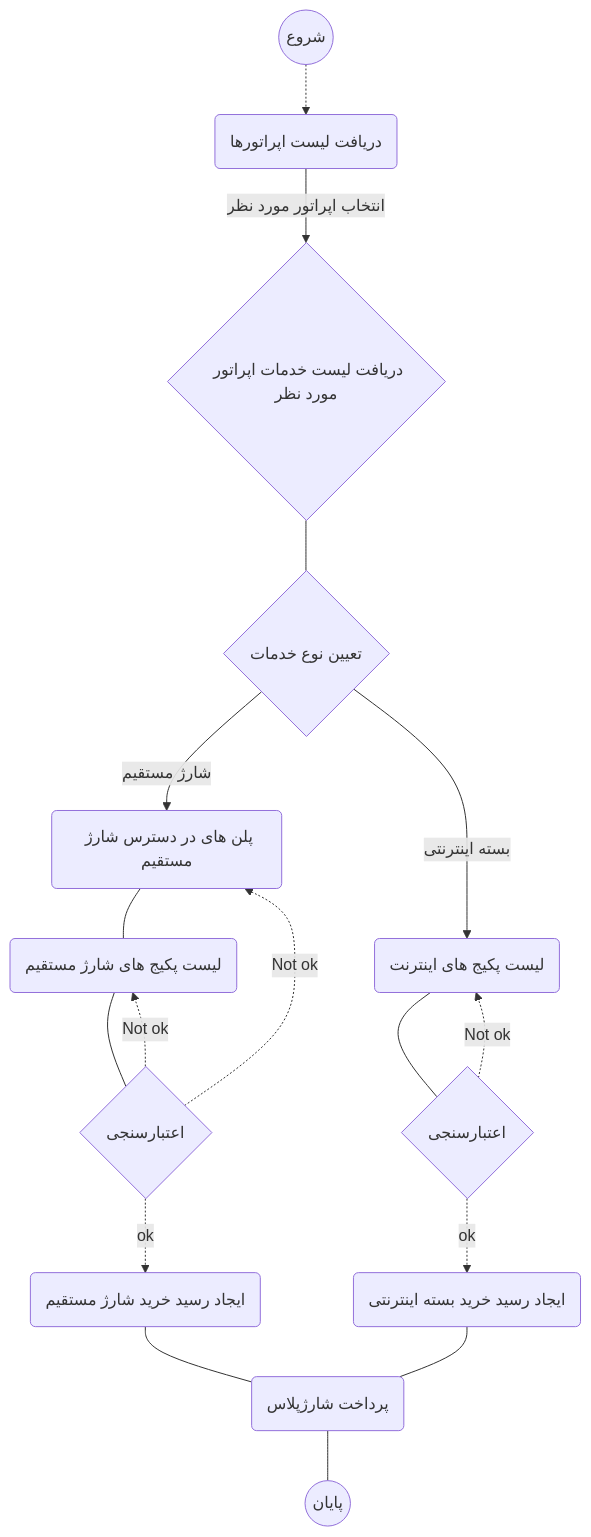
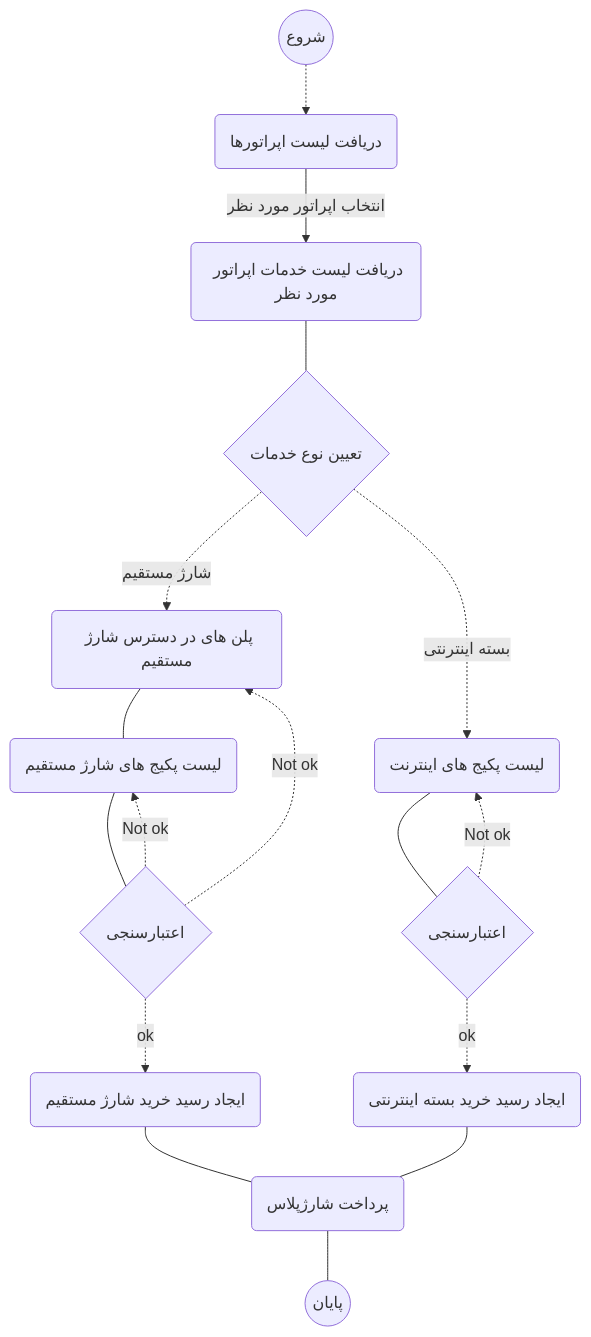
Before and after one commit to podiumir/docs: the diagram in master/شارژ.md, drawn with Mermaid.

Commit message:
update charge flowchart

```diff
--- a/master/شارژ.md
+++ b/master/شارژ.md
@@ -26,26 +26,26 @@
 <div class="mermaid">
 graph TD  
 A((شروع))  
 A-.->B  
 B(دریافت لیست اپراتورها)  
 B--> |انتخاب اپراتور مورد نظر| C
-C{دریافت لیست خدمات اپراتور مورد نظر}---D
+C(دریافت لیست خدمات اپراتور مورد نظر)---D
 D{تعیین نوع خدمات}  
-D--> |شارژ مستقیم| M
+D-.-> |شارژ مستقیم| M
 M(پلن های در دسترس شارژ مستقیم)---N
 N(لیست پکیج های شارژ مستقیم)---O
 O{اعتبارسنجی}
 O-.-> |Not ok| N
 O-.-> |Not ok| M
 O-.-> |ok| P
 P(ایجاد رسید خرید شارژ مستقیم)---Q
 Q(پرداخت شارژپلاس)---Z
-D--> |بسته اینترنتی| F
+D-.-> |بسته اینترنتی| F
 F(لیست پکیج های اینترنت)---G 
 G{اعتبارسنجی}
 G-.-> |Not ok| F
 G-.-> |ok| H
 H(ایجاد رسید خرید بسته اینترنتی)---Q
 Z((پایان))
 
 </div>
```
